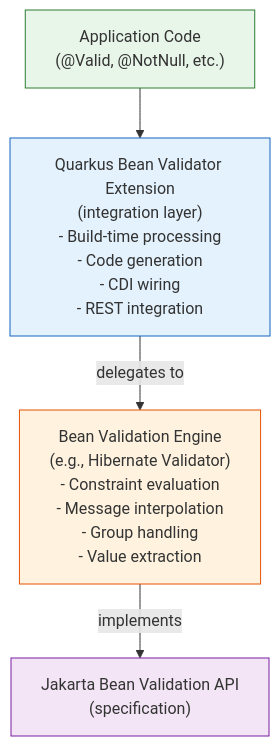
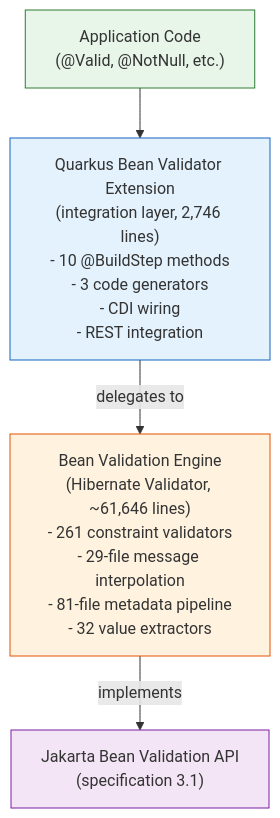
One commit to jakartaredhat/quarkus-bv changed the second of 3 diagrams in extensions/bean-validator/docs/comparison.md. Above: the diagram before and after it, drawn with Mermaid. The commit also changed other lines of this file and 4 other files, not shown here.

````diff
--- a/extensions/bean-validator/docs/comparison.md
+++ b/extensions/bean-validator/docs/comparison.md
@@ -145,12 +158,12 @@
 ```mermaid
 graph TB
     APP["Application Code<br/>(@Valid, @NotNull, etc.)"]
-    APP --> QBV["Quarkus Bean Validator Extension<br/>(integration layer)<br/>- Build-time processing<br/>- Code generation<br/>- CDI wiring<br/>- REST integration"]
-    QBV -->|delegates to| BVE["Bean Validation Engine<br/>(e.g., Hibernate Validator)<br/>- Constraint evaluation<br/>- Message interpolation<br/>- Group handling<br/>- Value extraction"]
-    BVE -->|implements| JBV["Jakarta Bean Validation API<br/>(specification)"]
+    APP --> QBV["Quarkus Bean Validator Extension<br/>(integration layer, 2,746 lines)<br/>- 10 @BuildStep methods<br/>- 3 code generators<br/>- CDI wiring<br/>- REST integration"]
+    QBV -->|delegates to| BVE["Bean Validation Engine<br/>(Hibernate Validator, ~61,646 lines)<br/>- 261 constraint validators<br/>- 29-file message interpolation<br/>- 81-file metadata pipeline<br/>- 32 value extractors"]
+    BVE -->|implements| JBV["Jakarta Bean Validation API<br/>(specification 3.1)"]
 
     style APP fill:#e8f5e9,stroke:#2E7D32
     style QBV fill:#e3f2fd,stroke:#1565C0
     style BVE fill:#fff3e0,stroke:#E65100
     style JBV fill:#f3e5f5,stroke:#7B1FA2
 ```
````
